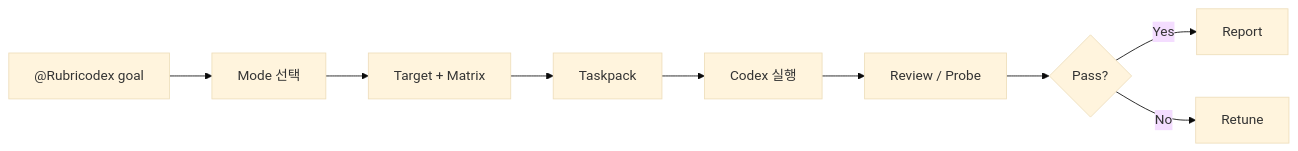
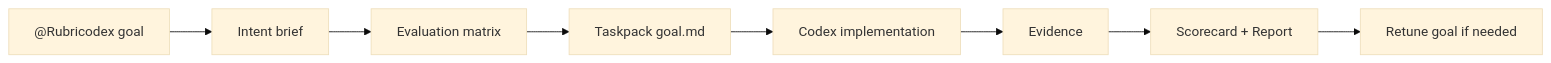
The diagram in README.md (jaehoonE7877/rubricodex), drawn with Mermaid (base theme) before and after one commit. The commit also changed other lines of this file and 17 other files, not shown here.

````diff
--- a/README.md
+++ b/README.md
@@ -18,11 +18,10 @@
 ```mermaid
 flowchart LR
-  A["@Rubricodex goal"] --> B["Mode 선택"]
-  B --> C["Target + Matrix"]
-  C --> D["Taskpack"]
-  D --> E["Codex 실행"]
-  E --> F["Review / Probe"]
-  F --> G{"Pass?"}
-  G -->|Yes| H["Report"]
-  G -->|No| I["Retune"]
+  A["@Rubricodex goal"] --> B["Intent brief"]
+  B --> C["Evaluation matrix"]
+  C --> D["Taskpack goal.md"]
+  D --> E["Codex implementation"]
+  E --> F["Evidence"]
+  F --> G["Scorecard + Report"]
+  G --> H["Retune goal if needed"]
 ```
````
